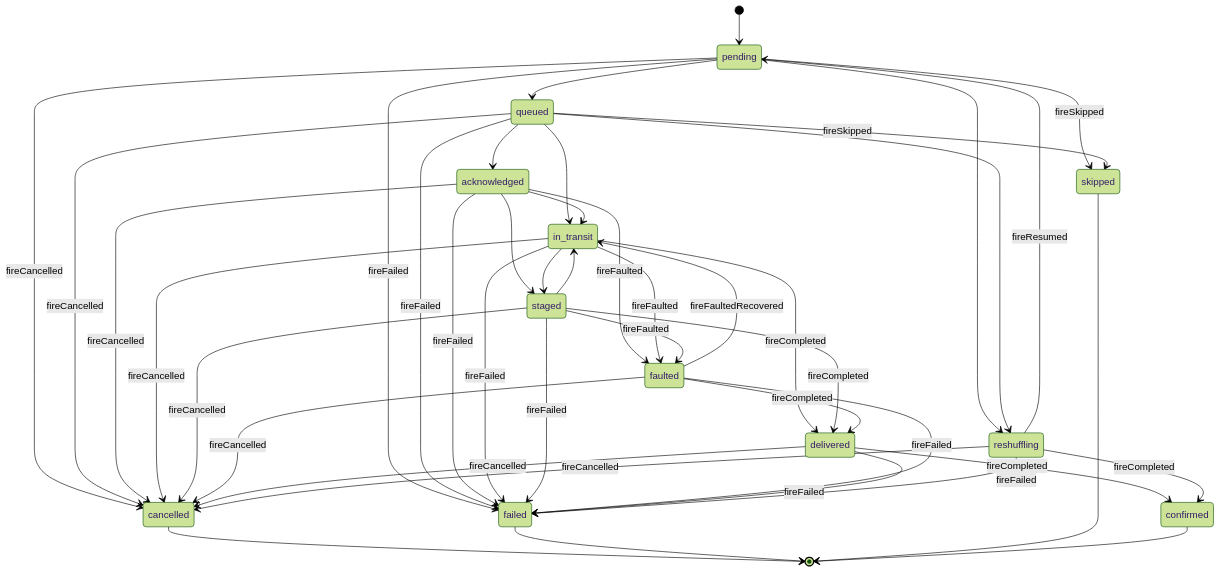
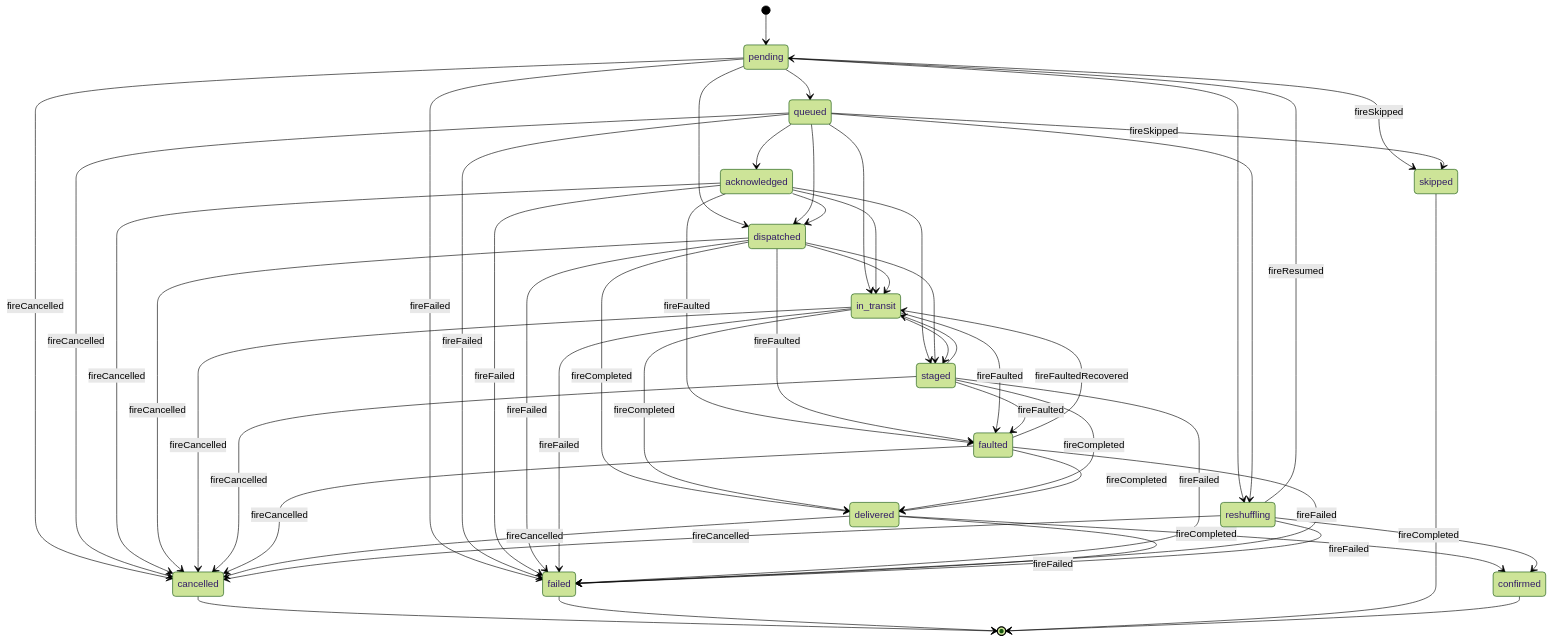
Before and after one commit to yatesdr/shingo: the first of 3 diagrams in docs/order-lifecycle.md, drawn with Mermaid (forest theme). The commit also changed 2 other files, not shown here.

Commit message:
fix(docs): Core's lifecycle diagram draws the fleet's yes
The generator drew the statuses a LifecycleService method hands to
transition(); the fleet's yes writes `dispatched` outside it and hands
it to afterTransition(), so the diagram lost the state. It reads that
call too, and its pin asks for pending --> dispatched and pending -->
queued and refuses dispatched --> queued.

````diff
--- a/docs/order-lifecycle.md
+++ b/docs/order-lifecycle.md
@@ -143,54 +143,64 @@
 ```mermaid
 stateDiagram-v2
     [*] --> pending
 
     pending --> queued
+    pending --> dispatched
     pending --> reshuffling
     pending --> cancelled: fireCancelled
     pending --> failed: fireFailed
     pending --> skipped: fireSkipped
 
     queued --> acknowledged
+    queued --> dispatched
     queued --> in_transit
     queued --> reshuffling
     queued --> cancelled: fireCancelled
     queued --> failed: fireFailed
     queued --> skipped: fireSkipped
 
+    acknowledged --> dispatched
     acknowledged --> in_transit
     acknowledged --> staged
     acknowledged --> cancelled: fireCancelled
     acknowledged --> faulted: fireFaulted
     acknowledged --> failed: fireFailed
+
+    dispatched --> in_transit
+    dispatched --> staged
+    dispatched --> delivered: fireCompleted
+    dispatched --> cancelled: fireCancelled
+    dispatched --> faulted: fireFaulted
+    dispatched --> failed: fireFailed
 
     in_transit --> delivered: fireCompleted
     in_transit --> staged
     in_transit --> cancelled: fireCancelled
     in_transit --> faulted: fireFaulted
     in_transit --> failed: fireFailed
 
     staged --> in_transit
     staged --> delivered: fireCompleted
     staged --> cancelled: fireCancelled
     staged --> faulted: fireFaulted
     staged --> failed: fireFailed
 
     faulted --> in_transit: fireFaultedRecovered
     faulted --> delivered: fireCompleted
     faulted --> failed: fireFailed
     faulted --> cancelled: fireCancelled
 
     delivered --> confirmed: fireCompleted
     delivered --> cancelled: fireCancelled
     delivered --> failed: fireFailed
 
     reshuffling --> confirmed: fireCompleted
     reshuffling --> pending: fireResumed
     reshuffling --> cancelled: fireCancelled
     reshuffling --> failed: fireFailed
 
     cancelled --> [*]
     failed --> [*]
     skipped --> [*]
     confirmed --> [*]
 ```
````
